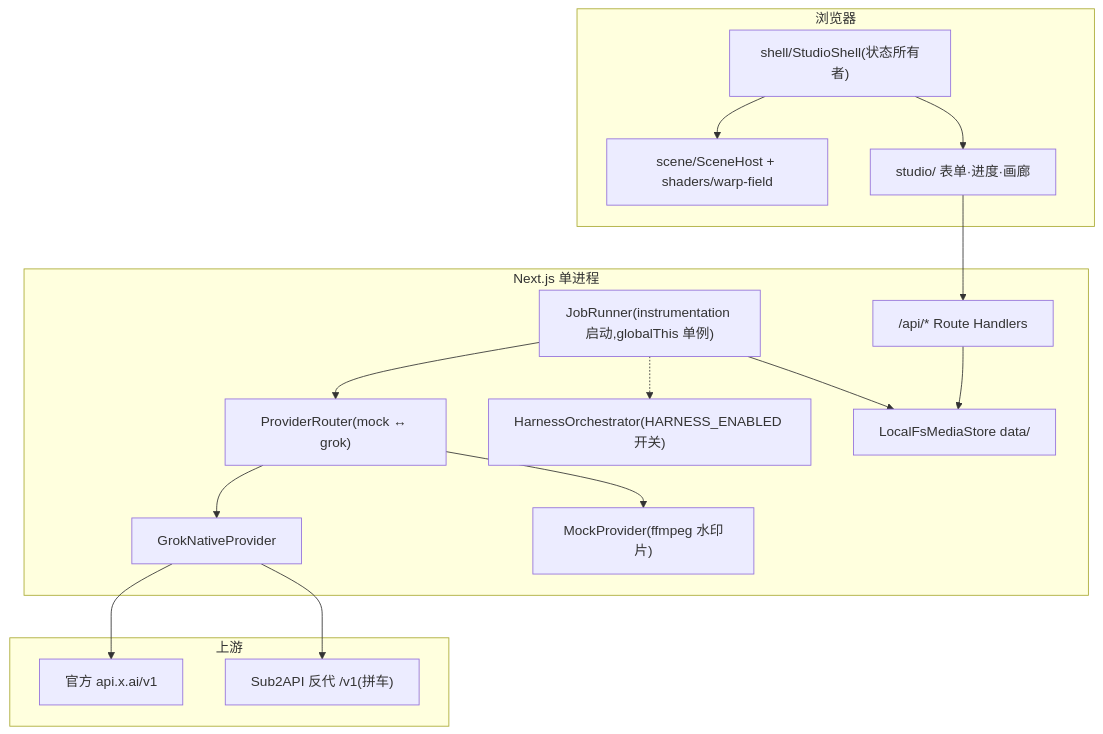
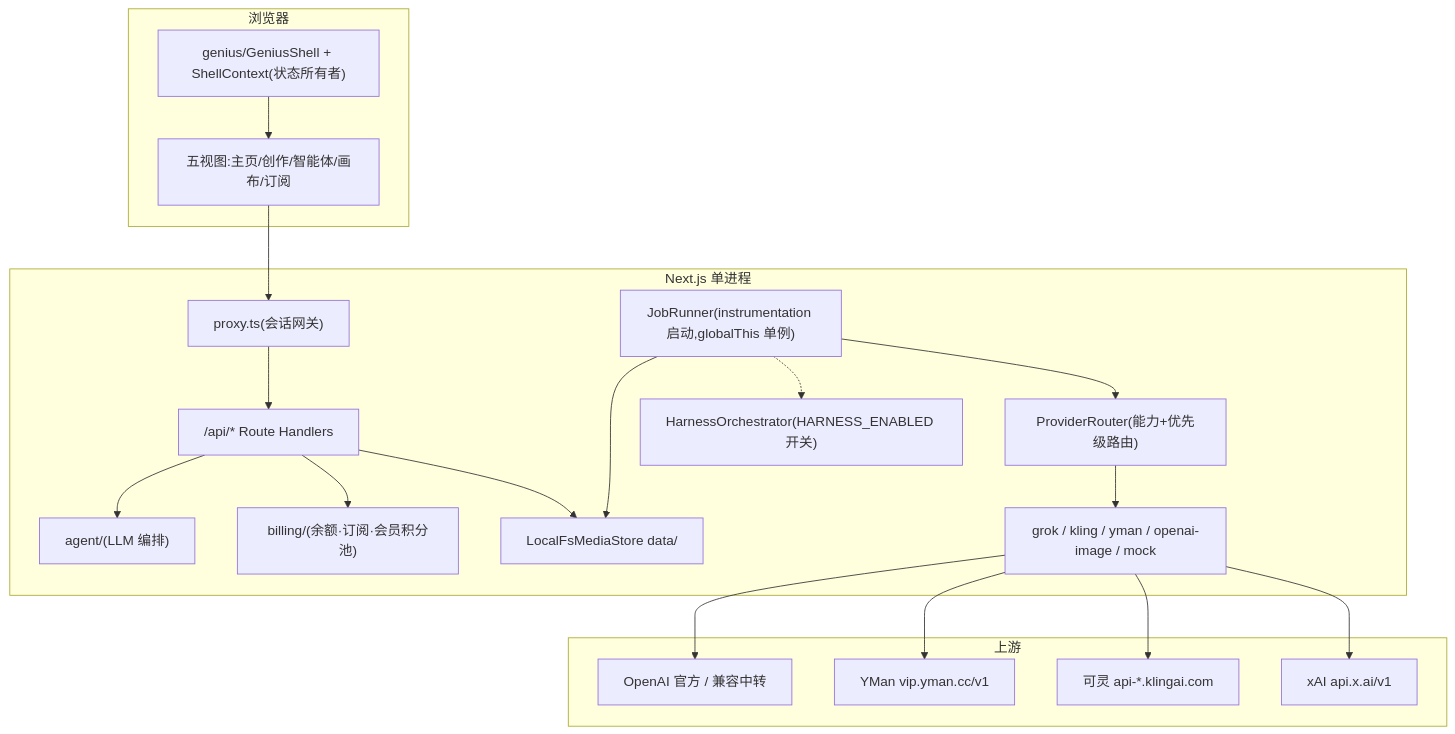
Before and after one commit to Software0802/VideoPlatform: the diagram in docs/design.md, drawn with Mermaid. The commit also changed other lines of this file and 10 other files, not shown here.

````diff
--- a/docs/design.md
+++ b/docs/design.md
@@ -18,29 +18,32 @@
 ```mermaid
 flowchart TB
   subgraph browser [浏览器]
-    Shell["shell/StudioShell(状态所有者)"]
-    Scene["scene/SceneHost + shaders/warp-field"]
-    Studio["studio/ 表单·进度·画廊"]
+    Shell["genius/GeniusShell + ShellContext(状态所有者)"]
+    Views["五视图:主页/创作/智能体/画布/订阅"]
   end
   subgraph next [Next.js 单进程]
     RH["/api/* Route Handlers"]
+    Proxy["proxy.ts(会话网关)"]
     Runner["JobRunner(instrumentation 启动,globalThis 单例)"]
-    Router["ProviderRouter(mock ↔ grok)"]
-    Grok["GrokNativeProvider"]
-    Mock["MockProvider(ffmpeg 水印片)"]
+    Router["ProviderRouter(能力+优先级路由)"]
+    Providers["grok / kling / yman / openai-image / mock"]
     Harness["HarnessOrchestrator(HARNESS_ENABLED 开关)"]
+    Billing["billing/(余额·订阅·会员积分池)"]
+    Agent["agent/(LLM 编排)"]
     FS["LocalFsMediaStore data/"]
   end
   subgraph upstream [上游]
-    XAI["官方 api.x.ai/v1"]
-    S2A["Sub2API 反代 /v1(拼车)"]
+    XAI["xAI api.x.ai/v1"]
+    Kling["可灵 api-*.klingai.com"]
+    YMan["YMan vip.yman.cc/v1"]
+    OpenAI["OpenAI 官方 / 兼容中转"]
   end
-  Shell --> Scene & Studio
-  Studio --> RH
+  Shell --> Views --> Proxy --> RH
   RH --> FS
-  Runner --> Router --> Grok & Mock
+  RH --> Billing
+  RH --> Agent
+  Runner --> Router --> Providers
   Runner -.-> Harness
-  Grok --> XAI
-  Grok --> S2A
+  Providers --> XAI & Kling & YMan & OpenAI
   Runner --> FS
 ```
````
